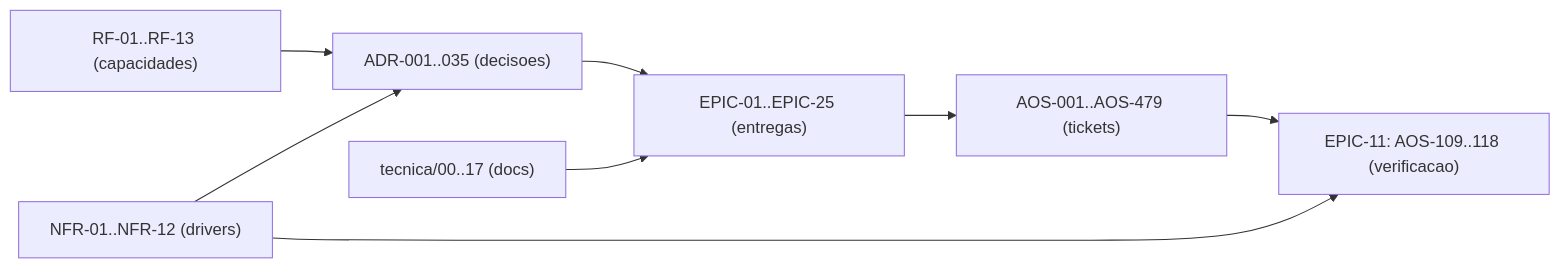
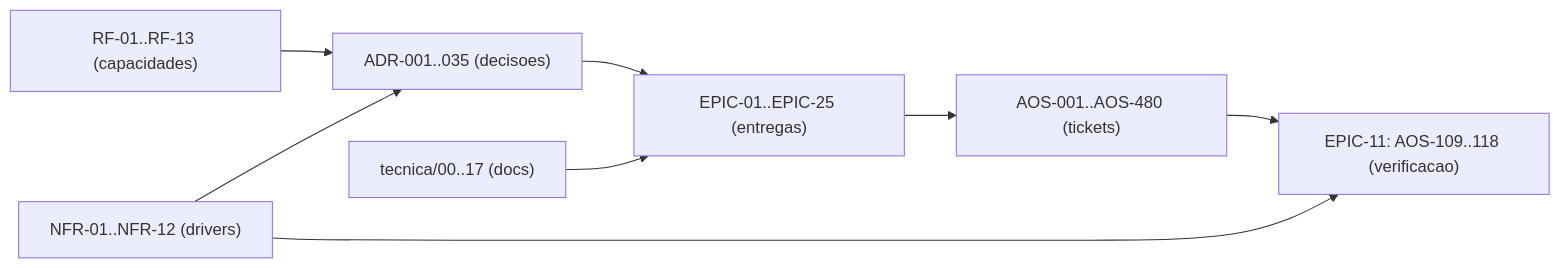
The diagram in tecnica/16_Rastreabilidade_RTM.md (albinoJimy/aos), drawn with Mermaid before and after one commit. The commit also changed other lines of this file and 4 other files, not shown here.

````diff
--- a/tecnica/16_Rastreabilidade_RTM.md
+++ b/tecnica/16_Rastreabilidade_RTM.md
@@ -202,10 +202,10 @@
 ```mermaid
 flowchart LR
     RF["RF-01..RF-13 (capacidades)"] --> ADR["ADR-001..035 (decisoes)"]
     NFR["NFR-01..NFR-12 (drivers)"] --> ADR
     ADR --> EPIC["EPIC-01..EPIC-25 (entregas)"]
-    EPIC --> TICK["AOS-001..AOS-479 (tickets)"]
+    EPIC --> TICK["AOS-001..AOS-480 (tickets)"]
     DOC["tecnica/00..17 (docs)"] --> EPIC
     TICK --> TEST["EPIC-11: AOS-109..118 (verificacao)"]
     NFR --> TEST
 ```
````
